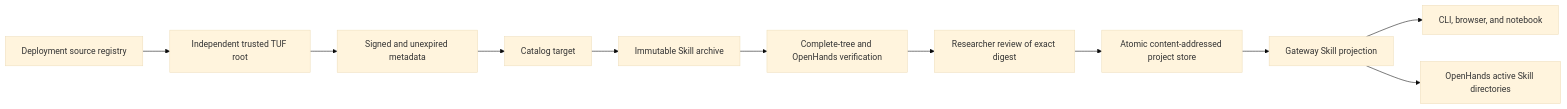
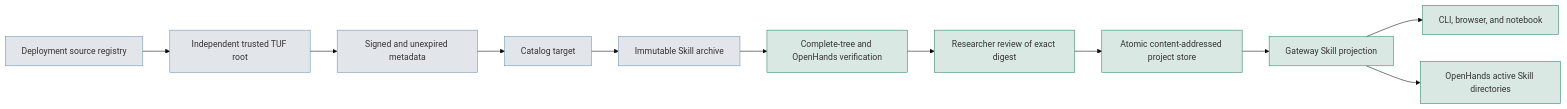
One commit to SchmiedmayerLab/heartwood changed the diagram in documentation/architecture/skills.md. Above: the diagram before and after it, drawn with Mermaid (base theme). The commit also changed other lines of this file and 52 other files, not shown here.

Commit message:
Define the Platform Contract and Establish the Heartwood Identity (#176)

````diff
--- a/documentation/architecture/skills.md
+++ b/documentation/architecture/skills.md
@@ -39,13 +39,17 @@
 ```mermaid
 flowchart LR
     Registry["Deployment source registry"] --> Root["Independent trusted TUF root"]
     Root --> Metadata["Signed and unexpired metadata"]
     Metadata --> Catalog["Catalog target"]
     Catalog --> Archive["Immutable Skill archive"]
     Archive --> Verify["Complete-tree and OpenHands verification"]
     Verify --> Review["Researcher review of exact digest"]
     Review --> Store["Atomic content-addressed project store"]
     Store --> Gateway["Gateway Skill projection"]
     Gateway --> Interfaces["CLI, browser, and notebook"]
     Gateway --> OpenHands["OpenHands active Skill directories"]
+    classDef heartwood fill:#0b694d26,stroke:#2b8268
+    classDef platform fill:#3f5b7426,stroke:#6f8fae
+    class Verify,Review,Store,Gateway,Interfaces,OpenHands heartwood
+    class Registry,Root,Metadata,Catalog,Archive platform
 ```
````
